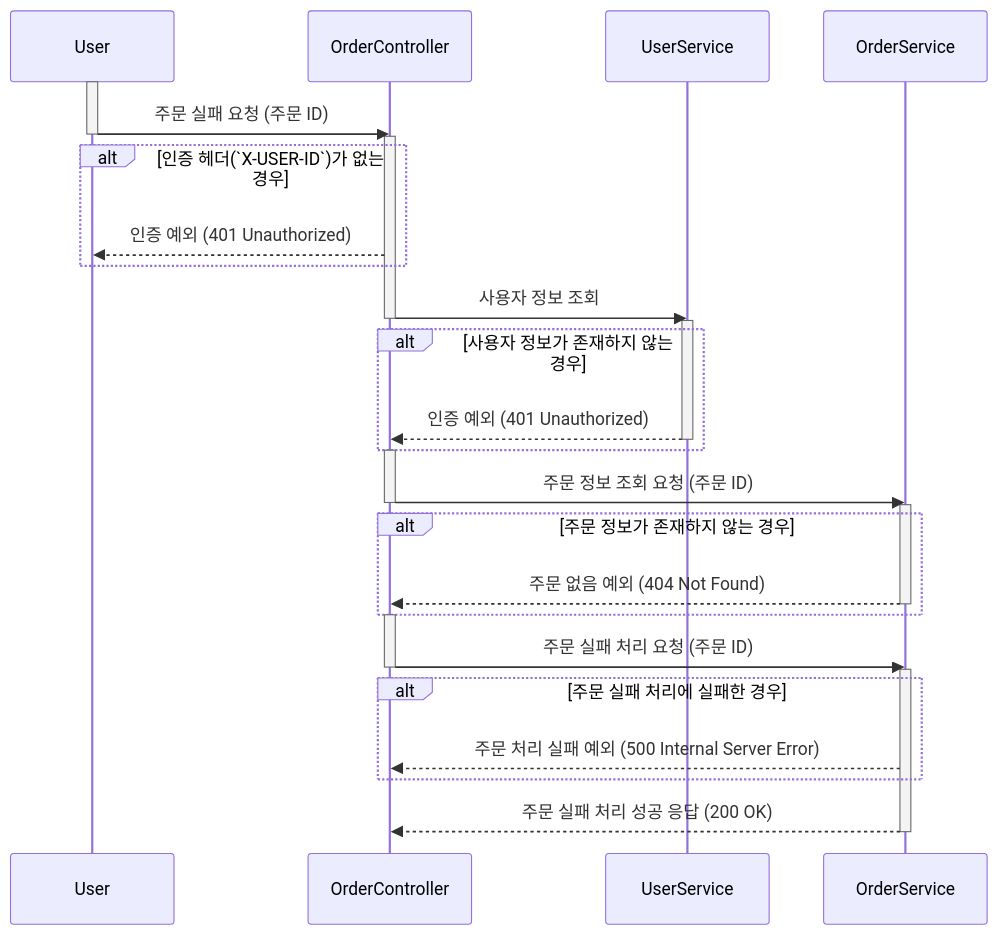
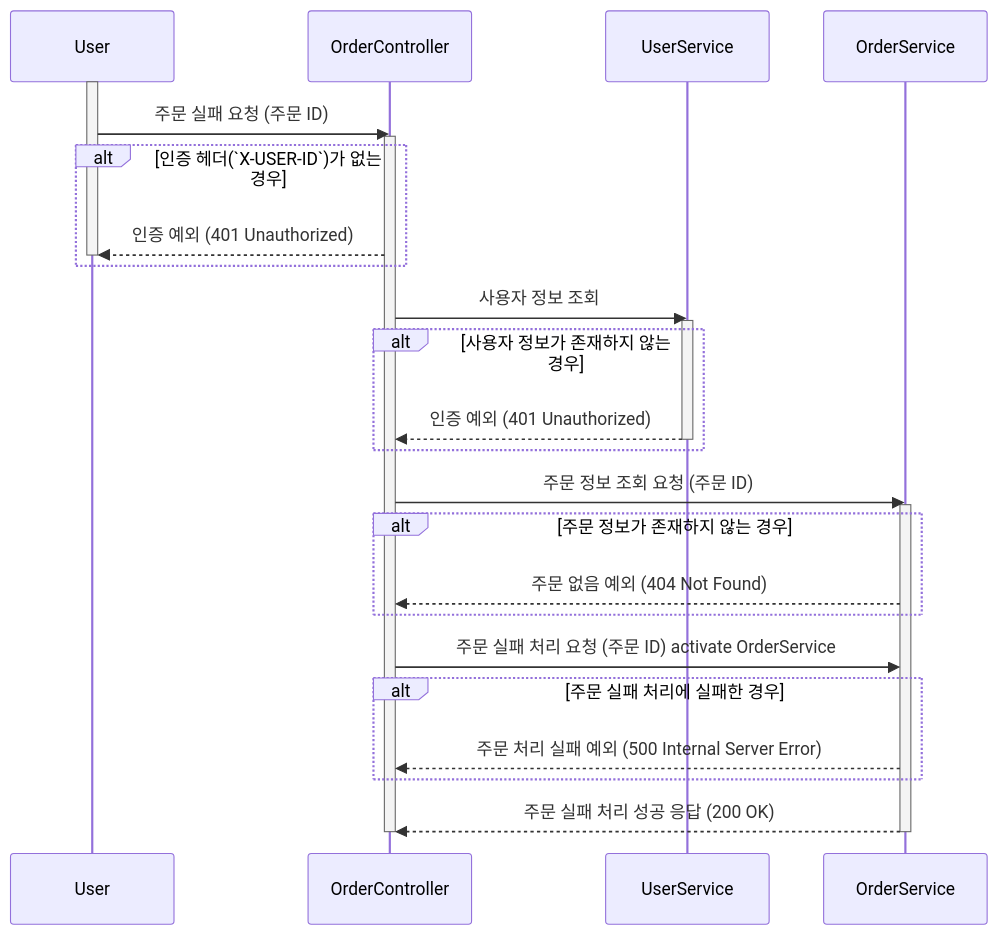
The fourth of 4 diagrams in docs/design/02-sequence-diagrams/order_payment_v2.md (kiekk/gamsung-commerce), drawn with Mermaid before and after one commit. The commit also changed other lines of this file and 5 other files, not shown here.

First line of the commit message:
docs: 시퀀스 다이어그램 수정 (2주차 피드백 반영)

````diff
--- a/docs/design/02-sequence-diagrams/order_payment_v2.md
+++ b/docs/design/02-sequence-diagrams/order_payment_v2.md
@@ -156,38 +136,32 @@
 ```mermaid
 sequenceDiagram
     participant User
     participant OrderController
     participant UserService
     participant OrderService
     activate User
     User ->> OrderController: 주문 실패 요청 (주문 ID)
-    deactivate User
     activate OrderController
     alt 인증 헤더(`X-USER-ID`)가 없는 경우
         OrderController -->> User: 인증 예외 (401 Unauthorized)
+        deactivate User
     end
     OrderController ->> UserService: 사용자 정보 조회
-    deactivate OrderController
     activate UserService
     alt 사용자 정보가 존재하지 않는 경우
         UserService -->> OrderController: 인증 예외 (401 Unauthorized)
         deactivate UserService
     end
-    activate OrderController
     OrderController ->> OrderService: 주문 정보 조회 요청 (주문 ID)
-    deactivate OrderController
     activate OrderService
     alt 주문 정보가 존재하지 않는 경우
         OrderService -->> OrderController: 주문 없음 예외 (404 Not Found)
-        deactivate OrderService
     end
-    activate OrderController
-    OrderController ->> OrderService: 주문 실패 처리 요청 (주문 ID)
-    deactivate OrderController
-    activate OrderService
+    OrderController ->> OrderService: 주문 실패 처리 요청 (주문 ID) activate OrderService
     alt 주문 실패 처리에 실패한 경우
         OrderService -->> OrderController: 주문 처리 실패 예외 (500 Internal Server Error)
     end
     OrderService -->> OrderController: 주문 실패 처리 성공 응답 (200 OK)
     deactivate OrderService
+    deactivate OrderController
 ```
````
